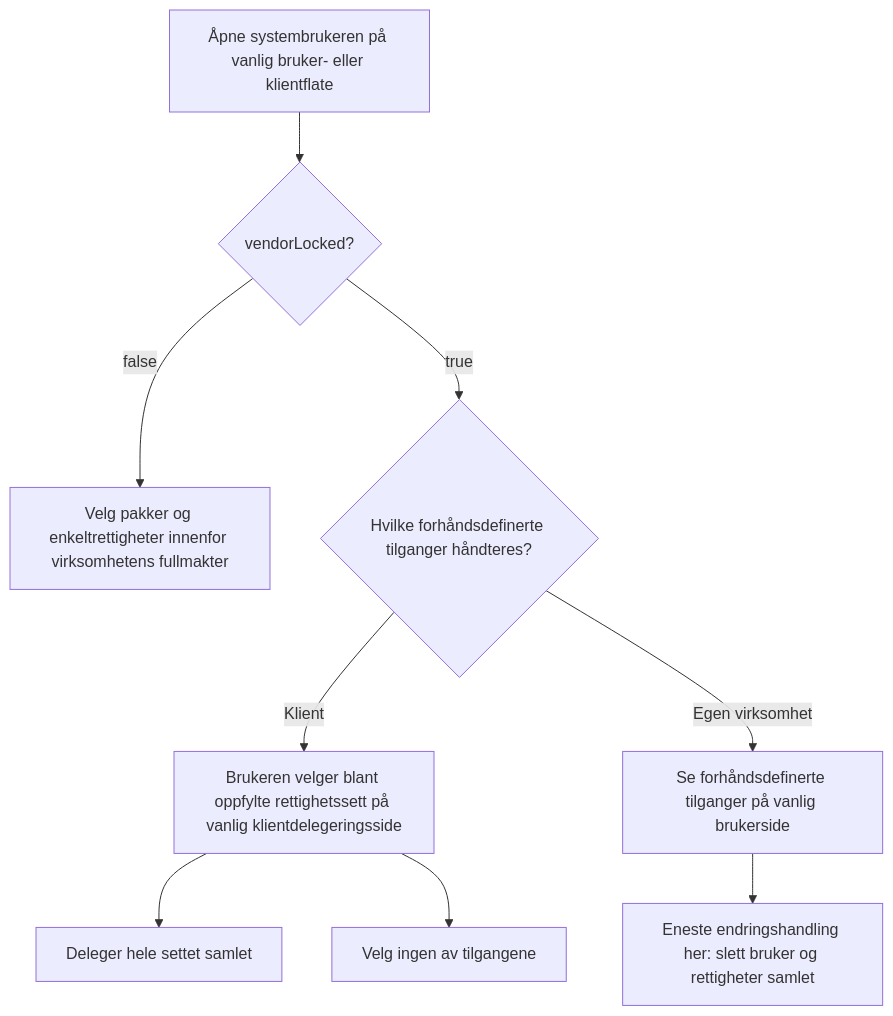
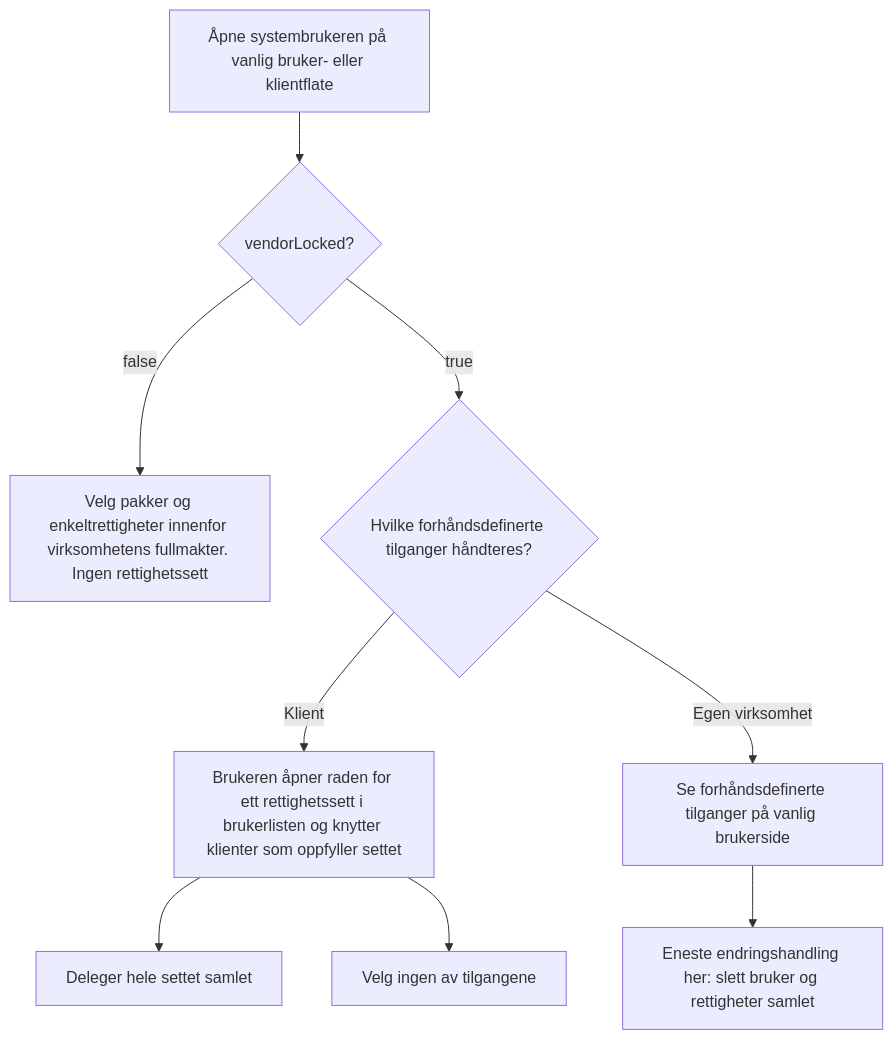
The fourth of 7 diagrams in content/authorization/guides/system-vendor/system-user/beslutningstre.nb.md (Altinn/altinn-studio-docs), drawn with Mermaid before and after one commit. The commit also changed other lines of this file and 29 other files, not shown here.

First line of the commit message:
Systembruker: én rad per rettighetssett, faste sett og skisser som i Access Management

```diff
--- a/content/authorization/guides/system-vendor/system-user/beslutningstre.nb.md
+++ b/content/authorization/guides/system-vendor/system-user/beslutningstre.nb.md
@@ -73,11 +77,11 @@
 {{< mermaid >}}
 graph TD
   OPEN["Åpne systembrukeren på vanlig bruker- eller klientflate"] --> MODE{"vendorLocked?"}
-  MODE -->|false| CHOOSE["Velg pakker og enkeltrettigheter innenfor virksomhetens fullmakter"]
+  MODE -->|false| CHOOSE["Velg pakker og enkeltrettigheter innenfor virksomhetens fullmakter. Ingen rettighetssett"]
   MODE -->|true| CONTEXT{"Hvilke forhåndsdefinerte tilganger håndteres?"}
-  CONTEXT -->|Klient| SET["Brukeren velger blant oppfylte rettighetssett på vanlig klientdelegeringsside"]
+  CONTEXT -->|Klient| SET["Brukeren åpner raden for ett rettighetssett i brukerlisten og knytter klienter som oppfyller settet"]
   SET --> ALL["Deleger hele settet samlet"]
   SET --> NONE["Velg ingen av tilgangene"]
   CONTEXT -->|Egen virksomhet| VIEW["Se forhåndsdefinerte tilganger på vanlig brukerside"]
   VIEW --> DELETE["Eneste endringshandling her: slett bruker og rettigheter samlet"]
 {{< /mermaid >}}
```
